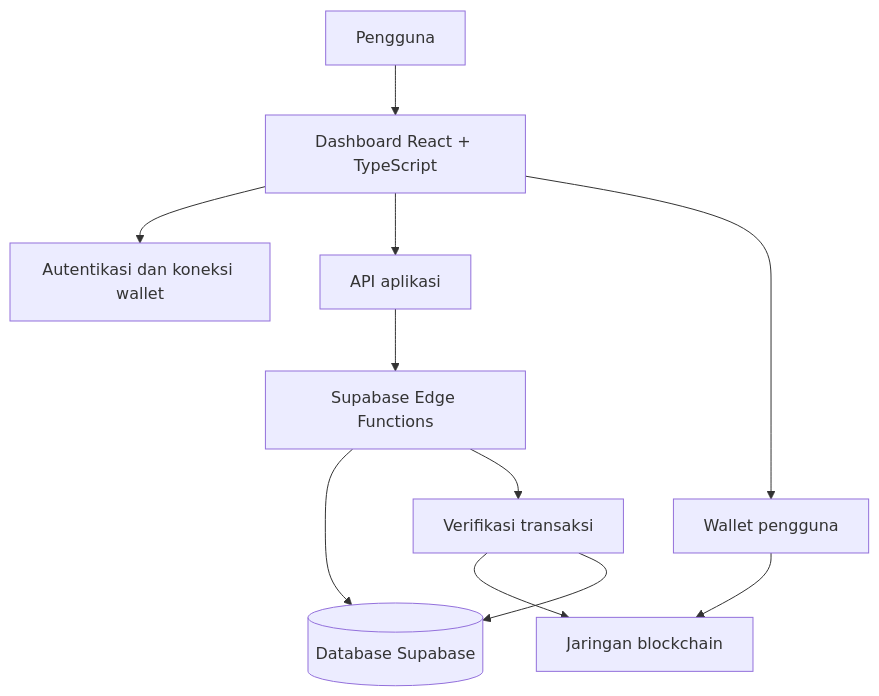
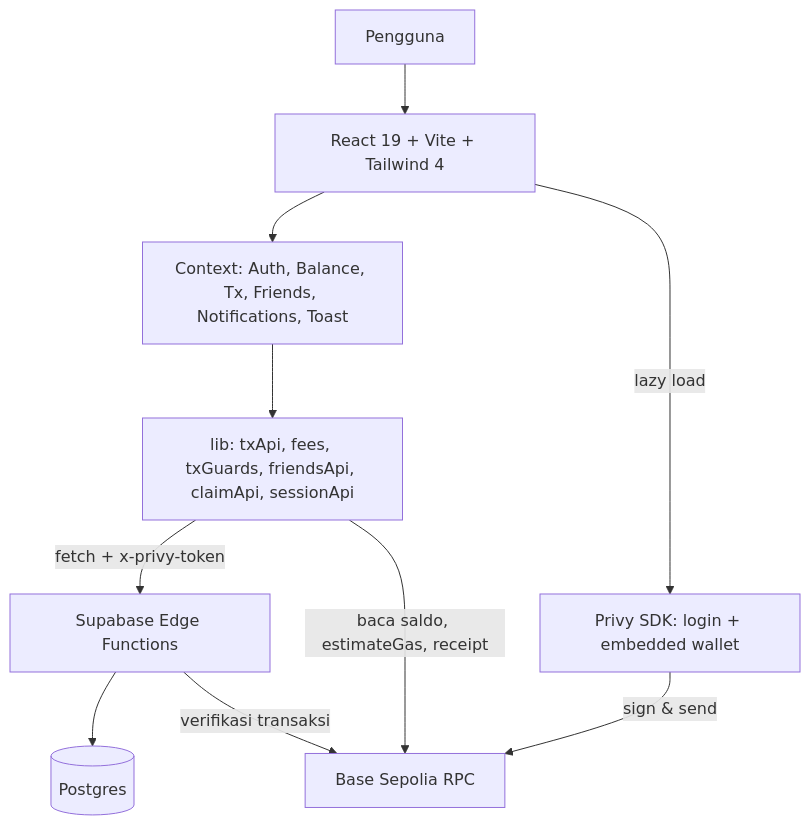
One commit to 0xeloz/Dashboard-Pukico changed the diagram in arsitektur.md. Above: the diagram before and after it, drawn with Mermaid. The commit also changed other lines of this file and 2 other files, not shown here.

Commit message:
docs: perbarui arsitektur, design system, dan security sesuai kode saat ini

````diff
--- a/arsitektur.md
+++ b/arsitektur.md
@@ -9,13 +15,12 @@
 ```mermaid
 flowchart TD
-    U[Pengguna] --> UI[Dashboard React + TypeScript]
-    UI --> AUTH[Autentikasi dan koneksi wallet]
-    UI --> API[API aplikasi]
-    API --> EF[Supabase Edge Functions]
-    EF --> DB[(Database Supabase)]
-    UI --> WALLET[Wallet pengguna]
-    WALLET --> CHAIN[Jaringan blockchain]
-    EF --> VERIFY[Verifikasi transaksi]
-    VERIFY --> CHAIN
-    VERIFY --> DB
+    U[Pengguna] --> UI[React 19 + Vite + Tailwind 4]
+    UI --> CTX[Context: Auth, Balance, Tx, Friends, Notifications, Toast]
+    CTX --> LIB[lib: txApi, fees, txGuards, friendsApi, claimApi, sessionApi]
+    LIB -->|fetch + x-privy-token| EF[Supabase Edge Functions]
+    EF --> DB[(Postgres)]
+    UI -->|lazy load| PRIVY[Privy SDK: login + embedded wallet]
+    PRIVY -->|sign & send| RPC[Base Sepolia RPC]
+    LIB -->|baca saldo, estimateGas, receipt| RPC
+    EF -->|verifikasi transaksi| RPC
 ```
````
